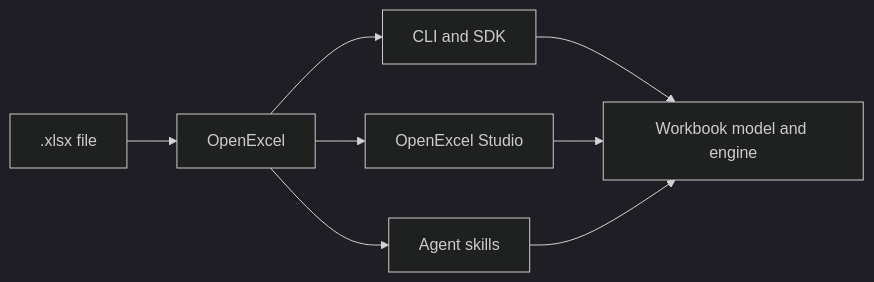
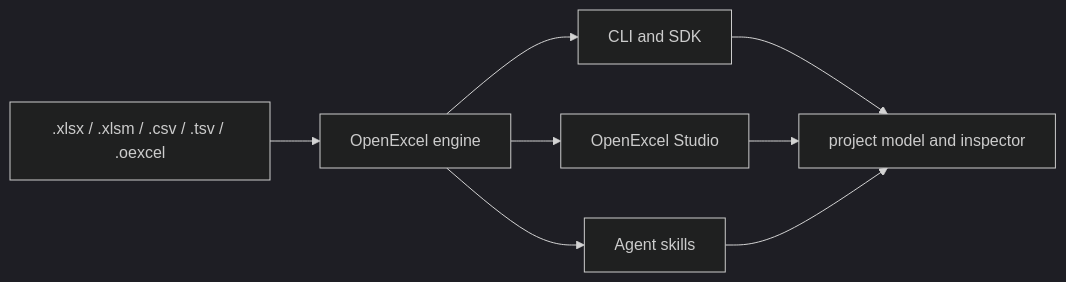
The diagram in readme.md (nyar-os/OpenExcel), drawn with Mermaid (dark theme) before and after one commit. The commit also changed other lines of this file and 1 other file, not shown here.

Commit message:
✅ Cover argument validation and refresh the workbook docs

````diff
--- a/readme.md
+++ b/readme.md
@@ -17,10 +13,10 @@
 ```mermaid
 graph LR
-    A[.xlsx file] --> B[OpenExcel]
+    A[.xlsx / .xlsm / .csv / .tsv / .oexcel] --> B[OpenExcel engine]
     B --> C[CLI and SDK]
     B --> D[OpenExcel Studio]
     B --> E[Agent skills]
-    C --> F[Workbook model and engine]
+    C --> F[project model and inspector]
     D --> F
     E --> F
 ```
````
